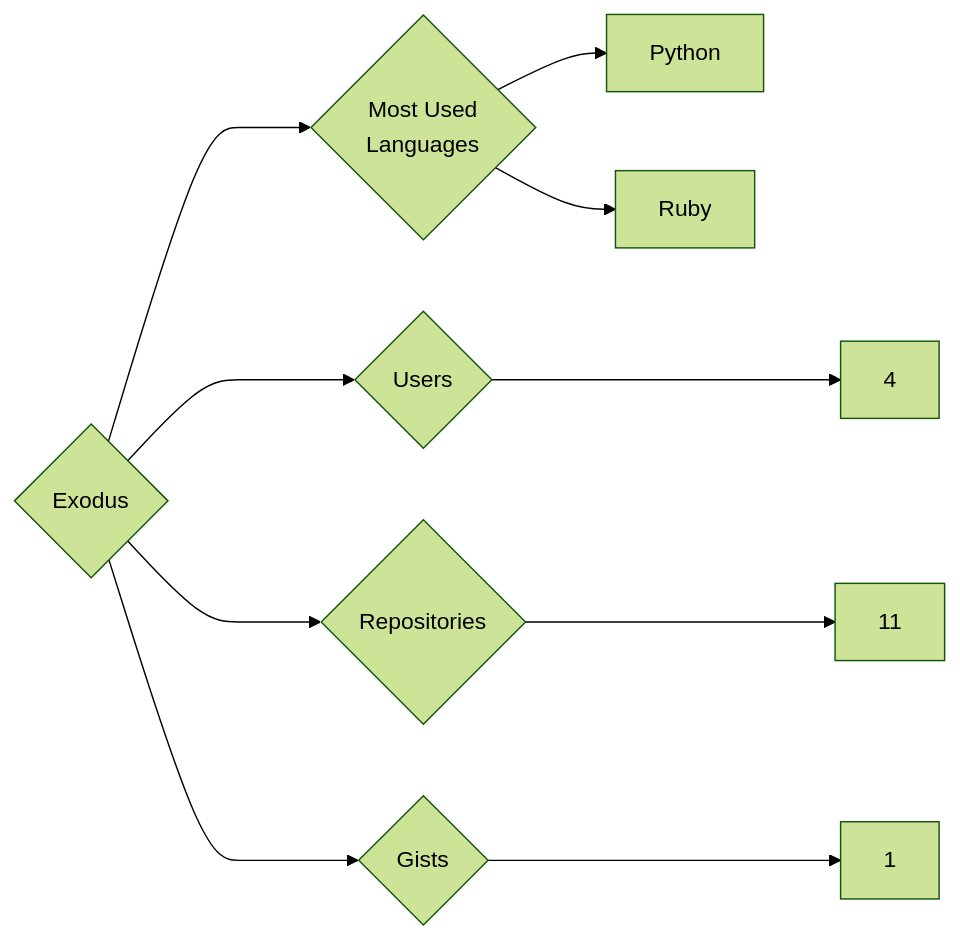
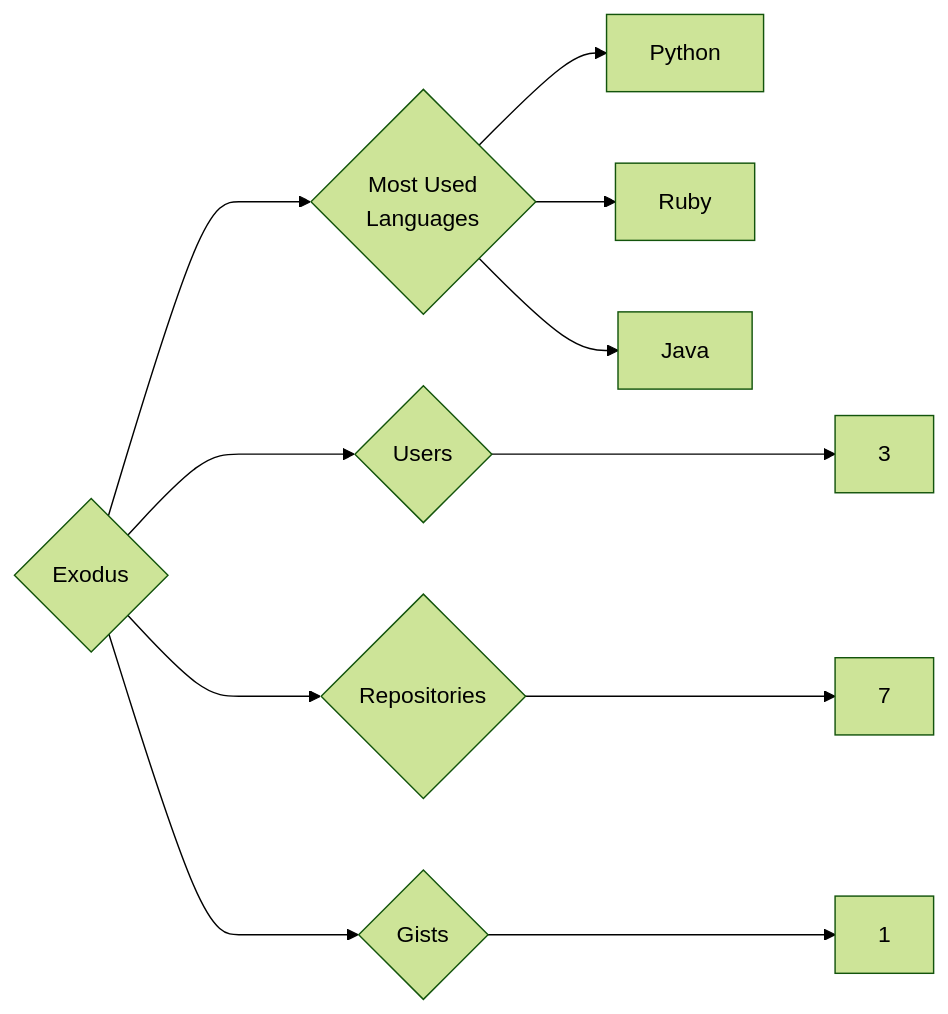
Before and after one commit to trickest/insiders: the diagram in targets/Exodus/README.md, drawn with Mermaid (forest theme). The commit also changed 880 other files, not shown here.

````diff
--- a/targets/Exodus/README.md
+++ b/targets/Exodus/README.md
@@ -3,10 +3,11 @@
 ```mermaid
 graph LR
 COMPANY_NAME{Exodus}
-COMPANY_NAME ---> U{Users} ---> UN[4]
-COMPANY_NAME ---> R{Repositories} ---> RN[11]
+COMPANY_NAME ---> U{Users} ---> UN[3]
+COMPANY_NAME ---> R{Repositories} ---> RN[7]
 COMPANY_NAME ---> G{Gists} ---> GN[1]
 COMPANY_NAME ---> ML{Most Used<br>Languages}
 ML --> Python[Python]
 ML --> Ruby[Ruby]
+ML --> Java[Java]
 ```
````
